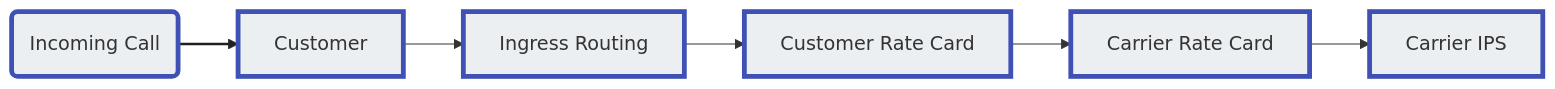
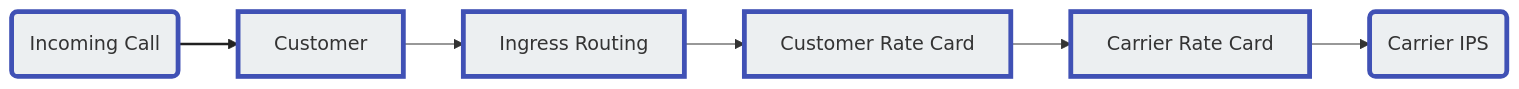
Before and after one commit to connexcs/docs: the diagram in docs/routing.md, drawn with Mermaid.

````diff
--- a/docs/routing.md
+++ b/docs/routing.md
@@ -4,15 +4,15 @@
 ```mermaid
 graph LR
     A(Incoming Call) --> B[Customer]
     style A fill:#ECEFF1,stroke:#4051b5,stroke-width:4px
     B --> C[Ingress Routing]
     style B fill:#ECEFF1,stroke:#4051b5,stroke-width:4px
     C --> D[Customer Rate Card]
     style C fill:#ECEFF1,stroke:#4051b5,stroke-width:4px
     D --> E[Carrier Rate Card]
     style D fill:#ECEFF1,stroke:#4051b5,stroke-width:4px
-    E --> F[Carrier IPS]
+    E --> F(Carrier IPS)
     style E fill:#ECEFF1,stroke:#4051b5,stroke-width:4px
     style F fill:#ECEFF1,stroke:#4051b5,stroke-width:4px
     linkStyle 0 stroke:#212121,stroke-width:2px
 ```
````
